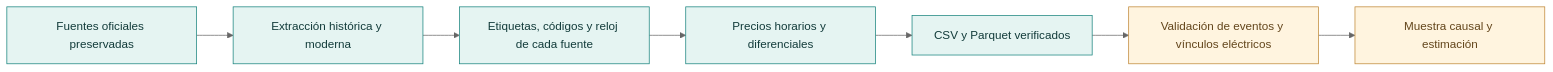
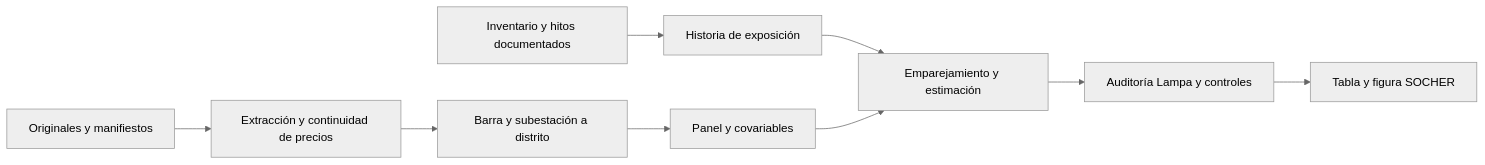
The diagram in README.md (a-cartes/datacenter), drawn with Mermaid (neutral theme) before and after one commit. The commit also changed other lines of this file and 209 other files, not shown here.

````diff
--- a/README.md
+++ b/README.md
@@ -49,13 +44,11 @@
 ```mermaid
 flowchart LR
-    A[Fuentes oficiales preservadas] --> B[Extracción histórica y moderna]
-    B --> C[Etiquetas, códigos y reloj de cada fuente]
-    C --> D[Precios horarios y diferenciales]
-    D --> E[CSV y Parquet verificados]
-    E --> F[Validación de eventos y vínculos eléctricos]
-    F --> G[Muestra causal y estimación]
-    classDef disponible fill:#e5f4f2,stroke:#16827d,color:#123b3a;
-    classDef pendiente fill:#fff4df,stroke:#bf8735,color:#63451b;
-    class A,B,C,D,E disponible;
-    class F,G pendiente;
+    A[Originales y manifiestos] --> B[Extracción y continuidad de precios]
+    B --> C[Barra y subestación a distrito]
+    D[Inventario y hitos documentados] --> E[Historia de exposición]
+    C --> F[Panel y covariables]
+    E --> G[Emparejamiento y estimación]
+    F --> G
+    G --> H[Auditoría Lampa y controles]
+    H --> I[Tabla y figura SOCHER]
 ```
````
